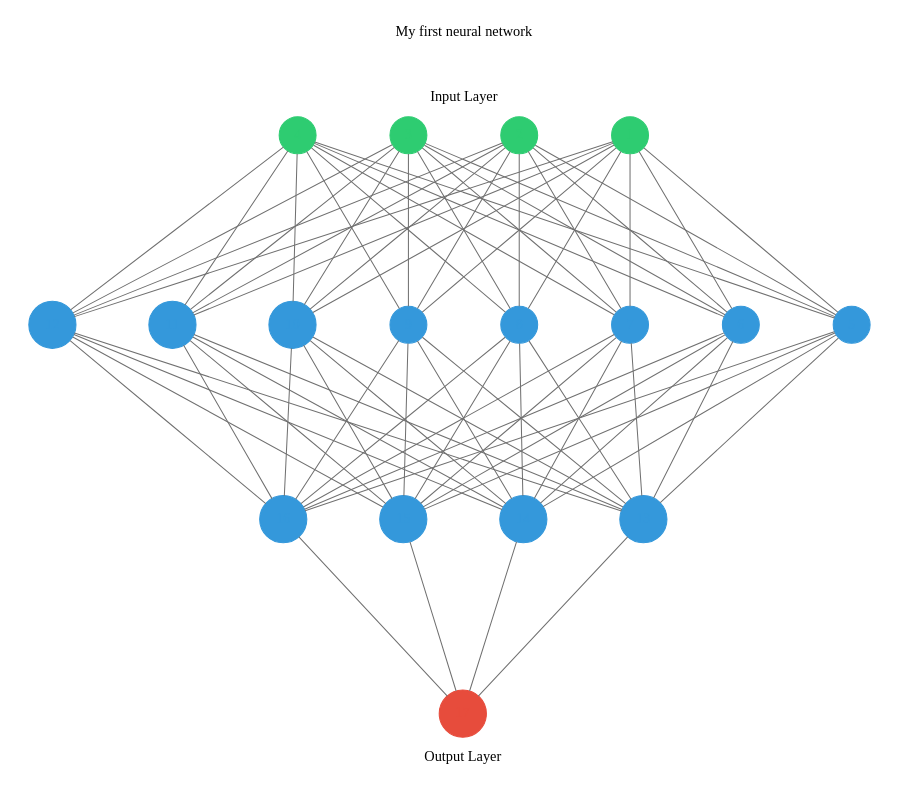
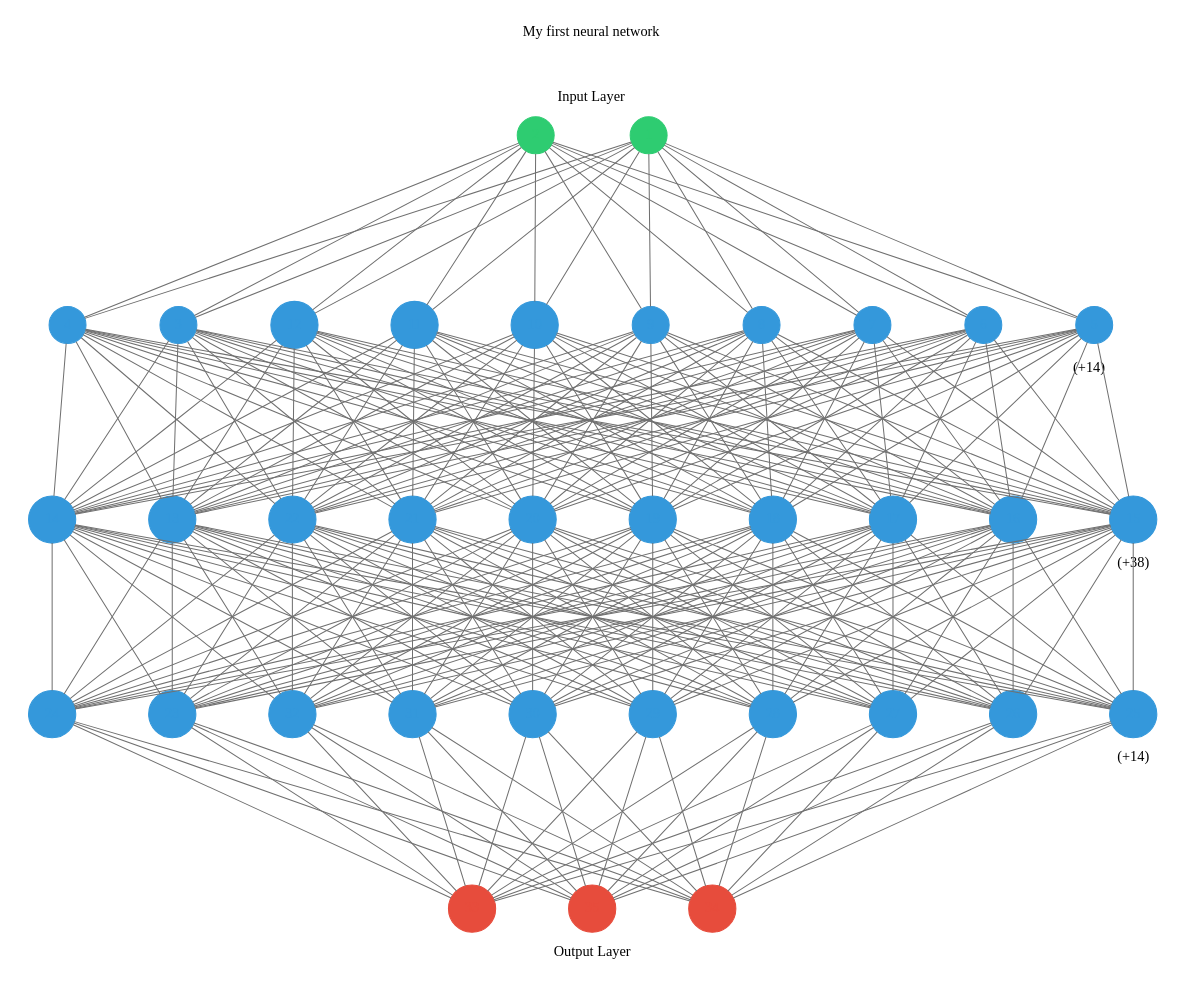
Before and after one commit to victoryforphil/dnn-controller: the diagram in network.gv, drawn with Graphviz. The commit also changed 11 other files, not shown here.

```diff
--- a/network.gv
+++ b/network.gv
@@ -18,57 +18,33 @@
 
 Input Layer"
 		rank=same
-		3
-		label="My first neural network
-
-
-
-Input Layer"
-		rank=same
-		4
-		label="My first neural network
-
-
-
-Input Layer"
-		rank=same
 	}
+	1 -> 3
+	2 -> 3
+	1 -> 4
+	2 -> 4
 	1 -> 5
 	2 -> 5
-	3 -> 5
-	4 -> 5
 	1 -> 6
 	2 -> 6
-	3 -> 6
-	4 -> 6
 	1 -> 7
 	2 -> 7
-	3 -> 7
-	4 -> 7
 	1 -> 8
 	2 -> 8
-	3 -> 8
-	4 -> 8
 	1 -> 9
 	2 -> 9
-	3 -> 9
-	4 -> 9
 	1 -> 10
 	2 -> 10
-	3 -> 10
-	4 -> 10
 	1 -> 11
 	2 -> 11
-	3 -> 11
-	4 -> 11
 	1 -> 12
 	2 -> 12
-	3 -> 12
-	4 -> 12
 	subgraph cluster_1 {
 		color=white
 		rank=same
-		label="" labeljust=right labelloc=b
+		label=" (+14)" labeljust=right labelloc=b
+		3 [color="#3498db" fontcolor="#3498db" shape=circle style=filled]
+		4 [color="#3498db" fontcolor="#3498db" shape=circle style=filled]
 		5 [color="#3498db" fontcolor="#3498db" shape=circle style=filled]
 		6 [color="#3498db" fontcolor="#3498db" shape=circle style=filled]
 		7 [color="#3498db" fontcolor="#3498db" shape=circle style=filled]
@@ -78,6 +54,8 @@
 		11 [color="#3498db" fontcolor="#3498db" shape=circle style=filled]
 		12 [color="#3498db" fontcolor="#3498db" shape=circle style=filled]
 	}
+	3 -> 13
+	4 -> 13
 	5 -> 13
 	6 -> 13
 	7 -> 13
@@ -86,6 +64,8 @@
 	10 -> 13
 	11 -> 13
 	12 -> 13
+	3 -> 14
+	4 -> 14
 	5 -> 14
 	6 -> 14
 	7 -> 14
@@ -94,6 +74,8 @@
 	10 -> 14
 	11 -> 14
 	12 -> 14
+	3 -> 15
+	4 -> 15
 	5 -> 15
 	6 -> 15
 	7 -> 15
@@ -102,6 +84,8 @@
 	10 -> 15
 	11 -> 15
 	12 -> 15
+	3 -> 16
+	4 -> 16
 	5 -> 16
 	6 -> 16
 	7 -> 16
@@ -110,25 +94,234 @@
 	10 -> 16
 	11 -> 16
 	12 -> 16
+	3 -> 17
+	4 -> 17
+	5 -> 17
+	6 -> 17
+	7 -> 17
+	8 -> 17
+	9 -> 17
+	10 -> 17
+	11 -> 17
+	12 -> 17
+	3 -> 18
+	4 -> 18
+	5 -> 18
+	6 -> 18
+	7 -> 18
+	8 -> 18
+	9 -> 18
+	10 -> 18
+	11 -> 18
+	12 -> 18
+	3 -> 19
+	4 -> 19
+	5 -> 19
+	6 -> 19
+	7 -> 19
+	8 -> 19
+	9 -> 19
+	10 -> 19
+	11 -> 19
+	12 -> 19
+	3 -> 20
+	4 -> 20
+	5 -> 20
+	6 -> 20
+	7 -> 20
+	8 -> 20
+	9 -> 20
+	10 -> 20
+	11 -> 20
+	12 -> 20
+	3 -> 21
+	4 -> 21
+	5 -> 21
+	6 -> 21
+	7 -> 21
+	8 -> 21
+	9 -> 21
+	10 -> 21
+	11 -> 21
+	12 -> 21
+	3 -> 22
+	4 -> 22
+	5 -> 22
+	6 -> 22
+	7 -> 22
+	8 -> 22
+	9 -> 22
+	10 -> 22
+	11 -> 22
+	12 -> 22
 	subgraph cluster_2 {
 		color=white
 		rank=same
-		label="" labeljust=right labelloc=b
+		label=" (+38)" labeljust=right labelloc=b
 		13 [color="#3498db" fontcolor="#3498db" shape=circle style=filled]
 		14 [color="#3498db" fontcolor="#3498db" shape=circle style=filled]
 		15 [color="#3498db" fontcolor="#3498db" shape=circle style=filled]
 		16 [color="#3498db" fontcolor="#3498db" shape=circle style=filled]
+		17 [color="#3498db" fontcolor="#3498db" shape=circle style=filled]
+		18 [color="#3498db" fontcolor="#3498db" shape=circle style=filled]
+		19 [color="#3498db" fontcolor="#3498db" shape=circle style=filled]
+		20 [color="#3498db" fontcolor="#3498db" shape=circle style=filled]
+		21 [color="#3498db" fontcolor="#3498db" shape=circle style=filled]
+		22 [color="#3498db" fontcolor="#3498db" shape=circle style=filled]
 	}
-	13 -> 17
-	14 -> 17
-	15 -> 17
-	16 -> 17
+	13 -> 23
+	14 -> 23
+	15 -> 23
+	16 -> 23
+	17 -> 23
+	18 -> 23
+	19 -> 23
+	20 -> 23
+	21 -> 23
+	22 -> 23
+	13 -> 24
+	14 -> 24
+	15 -> 24
+	16 -> 24
+	17 -> 24
+	18 -> 24
+	19 -> 24
+	20 -> 24
+	21 -> 24
+	22 -> 24
+	13 -> 25
+	14 -> 25
+	15 -> 25
+	16 -> 25
+	17 -> 25
+	18 -> 25
+	19 -> 25
+	20 -> 25
+	21 -> 25
+	22 -> 25
+	13 -> 26
+	14 -> 26
+	15 -> 26
+	16 -> 26
+	17 -> 26
+	18 -> 26
+	19 -> 26
+	20 -> 26
+	21 -> 26
+	22 -> 26
+	13 -> 27
+	14 -> 27
+	15 -> 27
+	16 -> 27
+	17 -> 27
+	18 -> 27
+	19 -> 27
+	20 -> 27
+	21 -> 27
+	22 -> 27
+	13 -> 28
+	14 -> 28
+	15 -> 28
+	16 -> 28
+	17 -> 28
+	18 -> 28
+	19 -> 28
+	20 -> 28
+	21 -> 28
+	22 -> 28
+	13 -> 29
+	14 -> 29
+	15 -> 29
+	16 -> 29
+	17 -> 29
+	18 -> 29
+	19 -> 29
+	20 -> 29
+	21 -> 29
+	22 -> 29
+	13 -> 30
+	14 -> 30
+	15 -> 30
+	16 -> 30
+	17 -> 30
+	18 -> 30
+	19 -> 30
+	20 -> 30
+	21 -> 30
+	22 -> 30
+	13 -> 31
+	14 -> 31
+	15 -> 31
+	16 -> 31
+	17 -> 31
+	18 -> 31
+	19 -> 31
+	20 -> 31
+	21 -> 31
+	22 -> 31
+	13 -> 32
+	14 -> 32
+	15 -> 32
+	16 -> 32
+	17 -> 32
+	18 -> 32
+	19 -> 32
+	20 -> 32
+	21 -> 32
+	22 -> 32
+	subgraph cluster_3 {
+		color=white
+		rank=same
+		label=" (+14)" labeljust=right labelloc=b
+		23 [color="#3498db" fontcolor="#3498db" shape=circle style=filled]
+		24 [color="#3498db" fontcolor="#3498db" shape=circle style=filled]
+		25 [color="#3498db" fontcolor="#3498db" shape=circle style=filled]
+		26 [color="#3498db" fontcolor="#3498db" shape=circle style=filled]
+		27 [color="#3498db" fontcolor="#3498db" shape=circle style=filled]
+		28 [color="#3498db" fontcolor="#3498db" shape=circle style=filled]
+		29 [color="#3498db" fontcolor="#3498db" shape=circle style=filled]
+		30 [color="#3498db" fontcolor="#3498db" shape=circle style=filled]
+		31 [color="#3498db" fontcolor="#3498db" shape=circle style=filled]
+		32 [color="#3498db" fontcolor="#3498db" shape=circle style=filled]
+	}
+	23 -> 33
+	24 -> 33
+	25 -> 33
+	26 -> 33
+	27 -> 33
+	28 -> 33
+	29 -> 33
+	30 -> 33
+	31 -> 33
+	32 -> 33
+	23 -> 34
+	24 -> 34
+	25 -> 34
+	26 -> 34
+	27 -> 34
+	28 -> 34
+	29 -> 34
+	30 -> 34
+	31 -> 34
+	32 -> 34
+	23 -> 35
+	24 -> 35
+	25 -> 35
+	26 -> 35
+	27 -> 35
+	28 -> 35
+	29 -> 35
+	30 -> 35
+	31 -> 35
+	32 -> 35
 	subgraph cluster_output {
 		node [color="#2ecc71" fontcolor="#2ecc71" shape=circle style=filled]
 		color=white
 		rank=same
 		labeljust=1
-		17 [color="#e74c3c" fontcolor="#e74c3c" shape=circle style=filled]
+		33 [color="#e74c3c" fontcolor="#e74c3c" shape=circle style=filled]
+		34 [color="#e74c3c" fontcolor="#e74c3c" shape=circle style=filled]
+		35 [color="#e74c3c" fontcolor="#e74c3c" shape=circle style=filled]
 		label="Output Layer" labelloc=bottom
 	}
 	arrowShape=none
```
